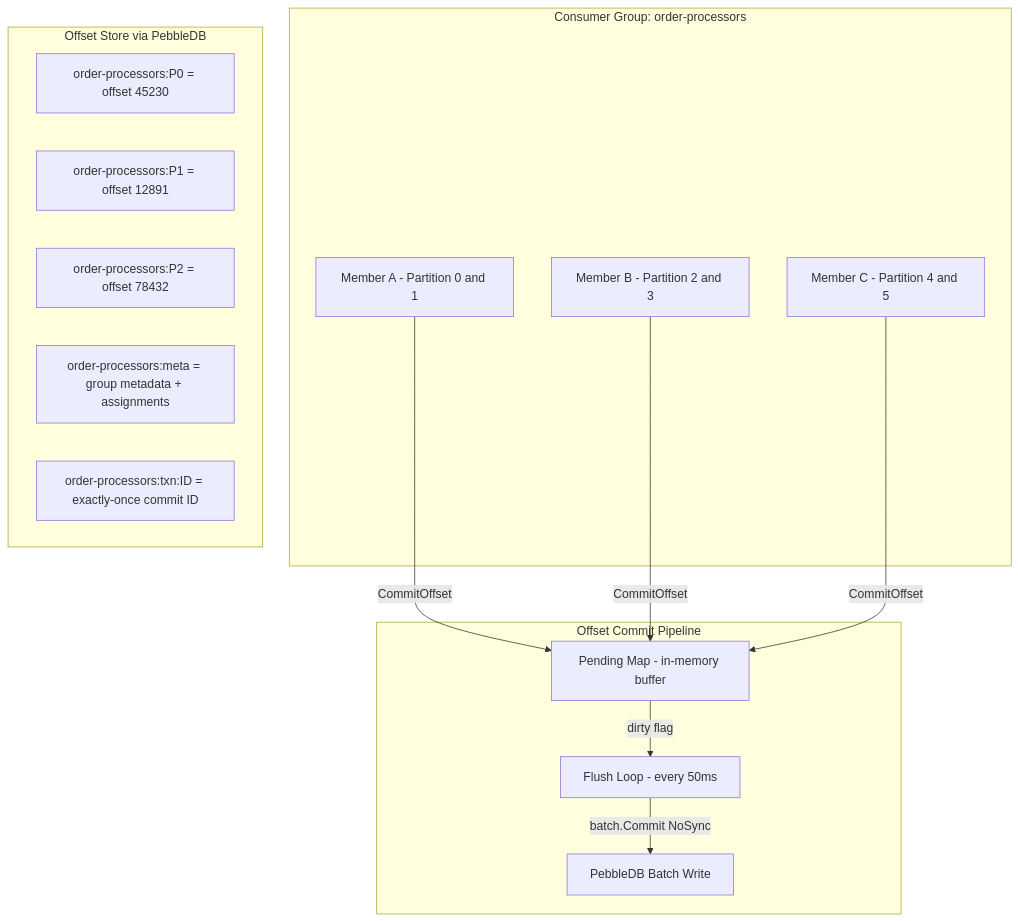
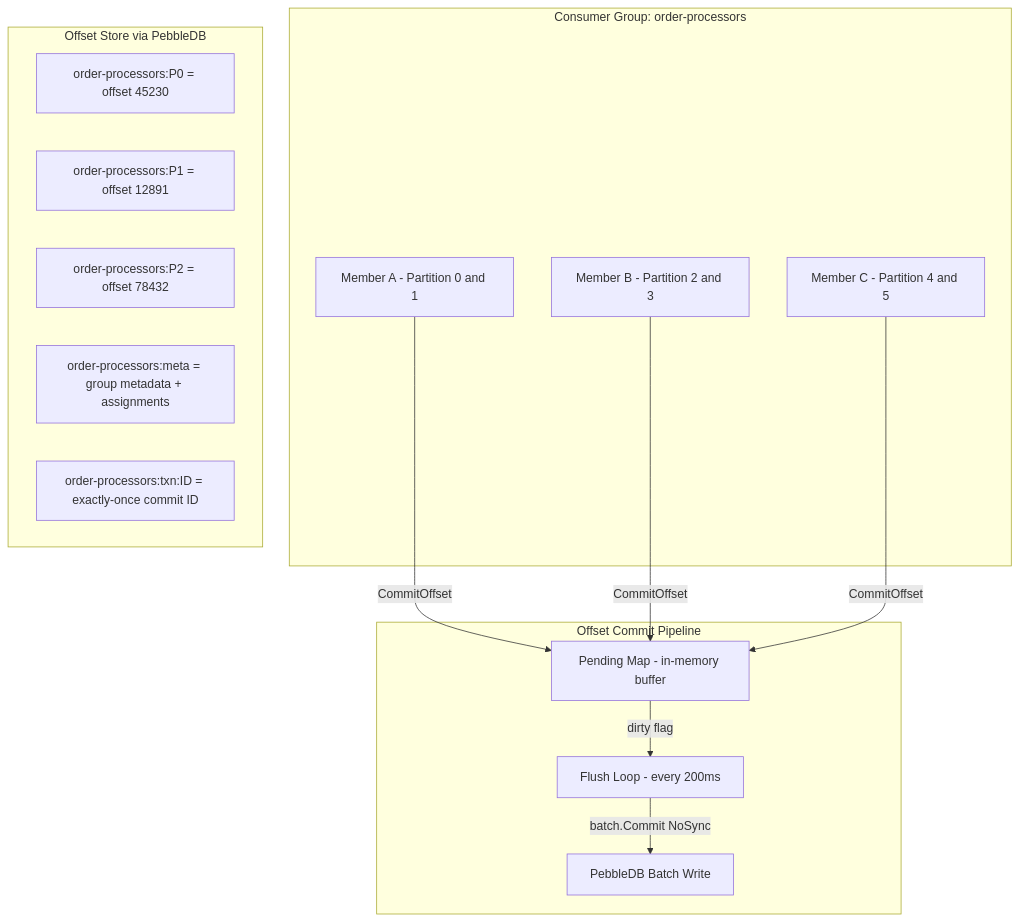
One commit to jatin711-debug/cronos_db_golang changed diagram 27 of 47 in ARCHITECTURE.md. Above: the diagram before and after it, drawn with Mermaid. The commit also changed other lines of this file and 39 other files, not shown here.

````diff
--- a/ARCHITECTURE.md
+++ b/ARCHITECTURE.md
@@ -839,28 +839,28 @@
 ```mermaid
 graph TB
     subgraph Consumer Group: order-processors
         M1[Member A - Partition 0 and 1]
         M2[Member B - Partition 2 and 3]
         M3[Member C - Partition 4 and 5]
     end
 
     subgraph Offset Store via PebbleDB
         O1[order-processors:P0 = offset 45230]
         O2[order-processors:P1 = offset 12891]
         O3[order-processors:P2 = offset 78432]
         O4[order-processors:meta = group metadata + assignments]
         O5[order-processors:txn:ID = exactly-once commit ID]
     end
 
     subgraph Offset Commit Pipeline
         PEN[Pending Map - in-memory buffer]
-        FL[Flush Loop - every 50ms]
+        FL[Flush Loop - every 200ms]
         DB[PebbleDB Batch Write]
     end
 
     M1 -->|CommitOffset| PEN
     M2 -->|CommitOffset| PEN
     M3 -->|CommitOffset| PEN
     PEN -->|dirty flag| FL
     FL -->|batch.Commit NoSync| DB
 ```
````
